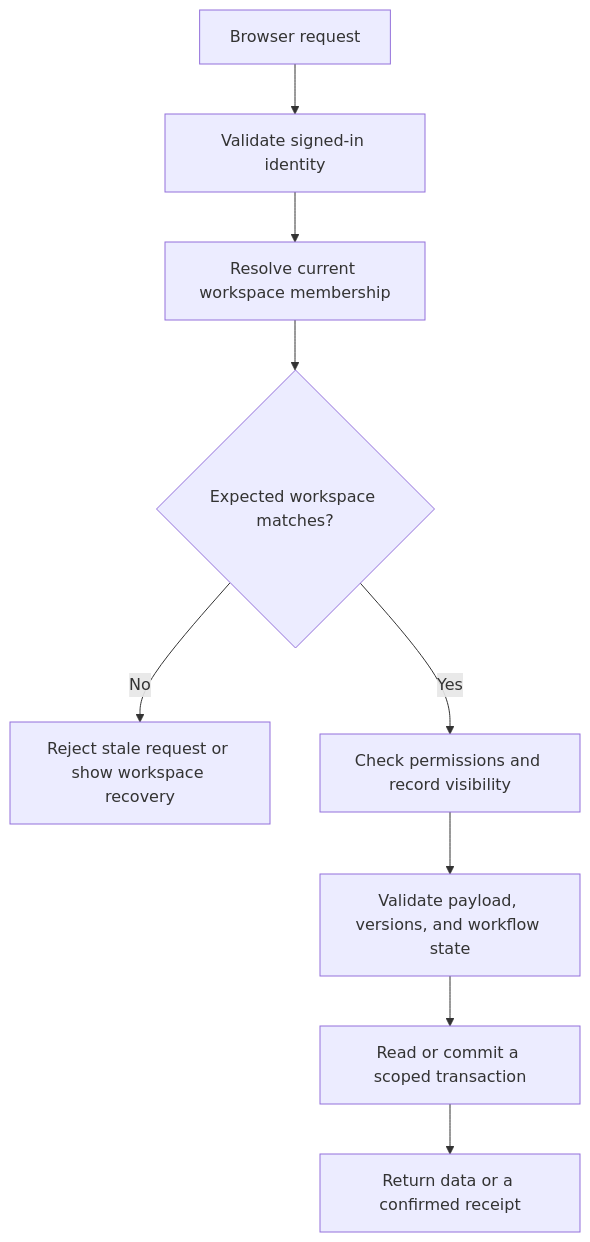
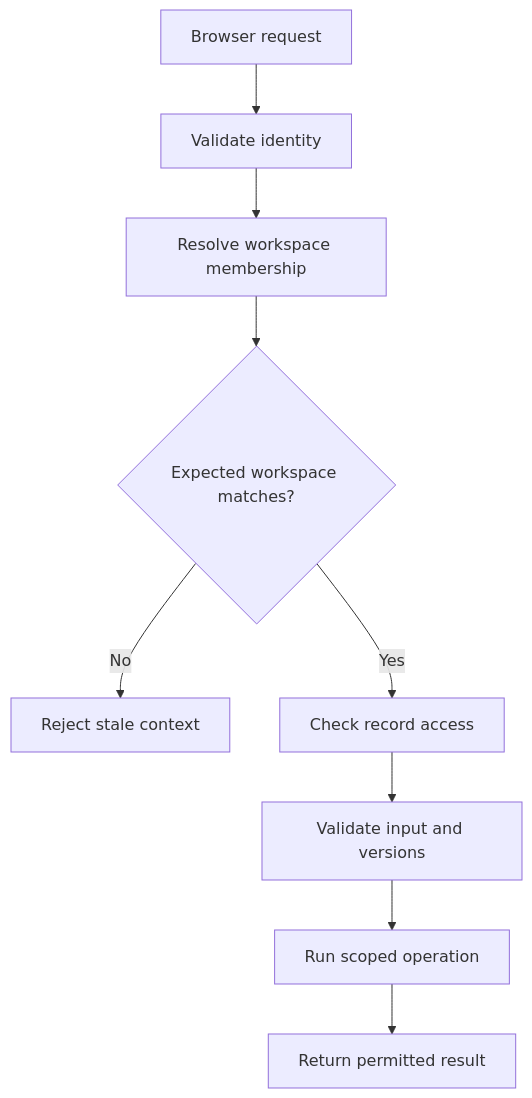
The first of 4 diagrams in docs/DATA_FLOWS.md (marckengland/flowrish-next), drawn with Mermaid before and after one commit. The commit also changed other lines of this file and 2 other files, not shown here.

Commit message:
docs: keep flowchart labels readable at page width

````diff
--- a/docs/DATA_FLOWS.md
+++ b/docs/DATA_FLOWS.md
@@ -7,11 +7,11 @@
 ```mermaid
 flowchart TD
-    request["Browser request"] --> identity["Validate signed-in identity"]
-    identity --> membership["Resolve current workspace membership"]
+    request["Browser request"] --> identity["Validate identity"]
+    identity --> membership["Resolve workspace membership"]
     membership --> context{"Expected workspace matches?"}
-    context -->|No| recovery["Reject stale request or show workspace recovery"]
-    context -->|Yes| permission["Check permissions and record visibility"]
-    permission --> validation["Validate payload, versions, and workflow state"]
-    validation --> service["Read or commit a scoped transaction"]
-    service --> result["Return data or a confirmed receipt"]
+    context -->|No| recovery["Reject stale context"]
+    context -->|Yes| permission["Check record access"]
+    permission --> validation["Validate input and versions"]
+    validation --> service["Run scoped operation"]
+    service --> result["Return permitted result"]
 ```
````
